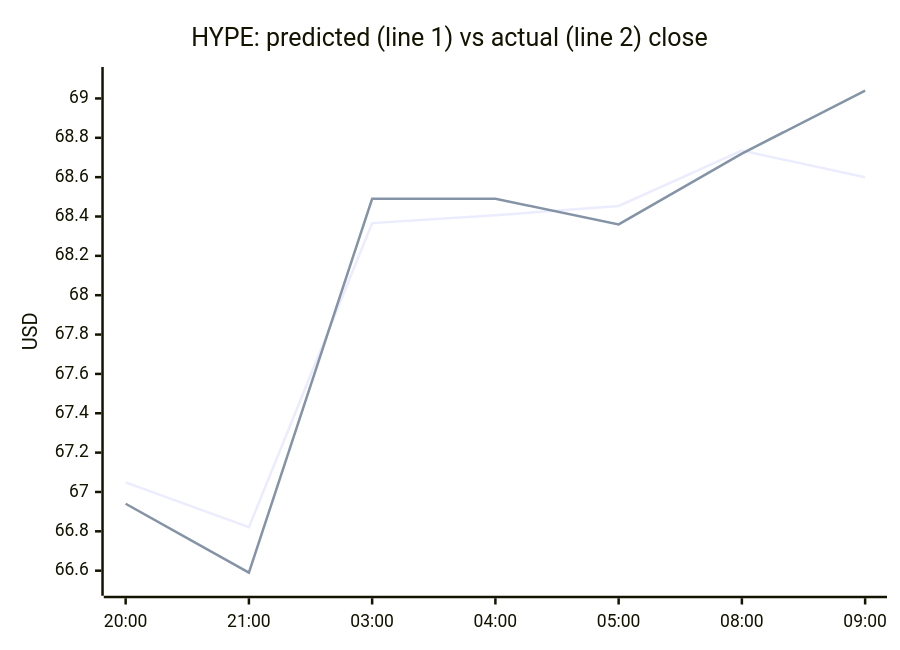
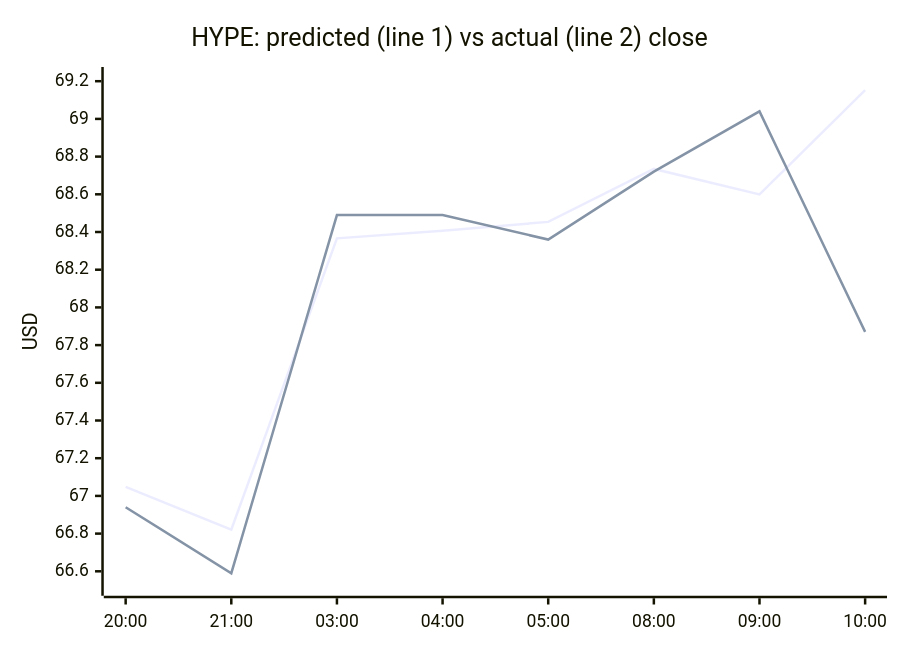
One commit to samuelkreitl-wq/crypto-hourly-forecaster changed the fourth of 4 diagrams in README.md. Above: the diagram before and after it, drawn with Mermaid. The commit also changed other lines of this file and 14 other files, not shown here.

````diff
--- a/README.md
+++ b/README.md
@@ -65,8 +65,8 @@
 ```mermaid
 xychart-beta
     title "HYPE: predicted (line 1) vs actual (line 2) close"
-    x-axis ["20:00", "21:00", "03:00", "04:00", "05:00", "08:00", "09:00"]
-    y-axis "USD" 66.5234 --> 69.1090
-    line [67.0484, 66.8208, 68.3664, 68.4064, 68.4537, 68.7347, 68.5994]
-    line [66.9400, 66.5900, 68.4900, 68.4900, 68.3600, 68.7200, 69.0400]
+    x-axis ["20:00", "21:00", "03:00", "04:00", "05:00", "08:00", "09:00", "10:00"]
+    y-axis "USD" 66.5234 --> 69.2223
+    line [67.0484, 66.8208, 68.3664, 68.4064, 68.4537, 68.7347, 68.5994, 69.1532]
+    line [66.9400, 66.5900, 68.4900, 68.4900, 68.3600, 68.7200, 69.0400, 67.8700]
 ```
````
